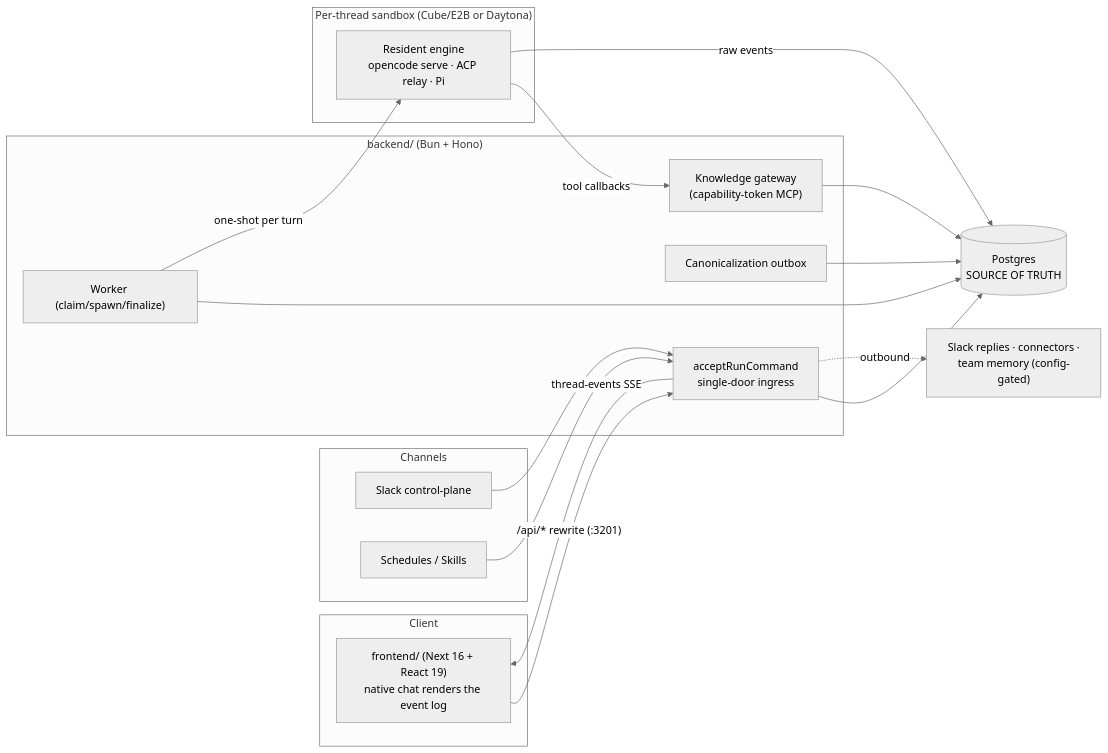
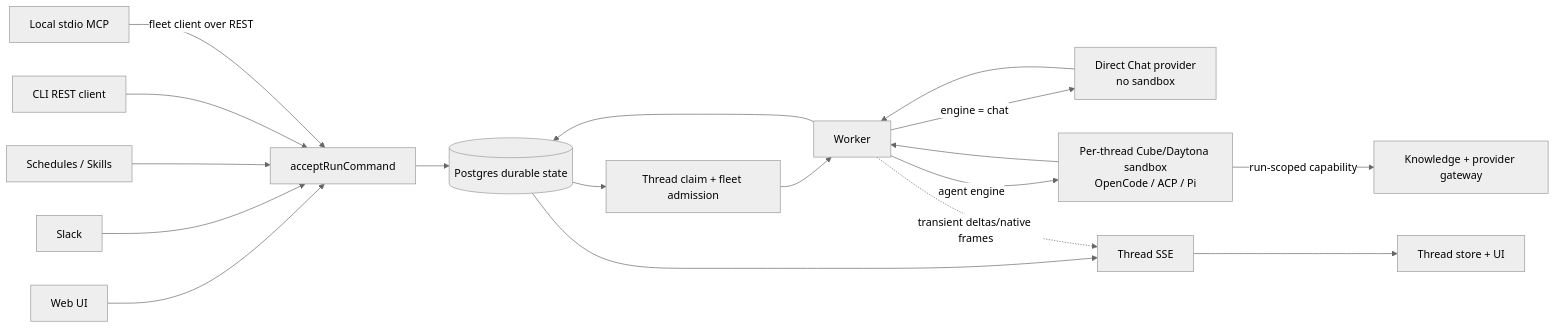
The first of 7 diagrams in docs/architecture/architecture-graph.md (useagenthq/useagent), drawn with Mermaid (neutral theme) before and after one commit. The commit also changed other lines of this file and 1 other file, not shown here.

Commit message:
docs: correct architecture sweep evidence

````diff
--- a/docs/architecture/architecture-graph.md
+++ b/docs/architecture/architecture-graph.md
@@ -17,32 +8,34 @@
 ```mermaid
 graph LR
-  subgraph Client
-    FE["frontend/ (Next 16 + React 19)<br/>native chat renders the event log"]
-  end
-  subgraph Channels
-    SL["Slack control-plane"]
-    SC["Schedules / Skills"]
-  end
-  FE -- "/api/* rewrite (:3201)" --> BE
-  SL --> BE
-  SC --> BE
-  subgraph Backend["backend/ (Bun + Hono)"]
-    BE["acceptRunCommand<br/>single-door ingress"]
-    WK["Worker (claim/spawn/finalize)"]
-    CAN["Canonicalization outbox"]
-    GW["Knowledge gateway<br/>(capability-token MCP)"]
-  end
-  PG[("Postgres<br/>SOURCE OF TRUTH")]
-  subgraph Sandbox["Per-thread sandbox (Cube/E2B or Daytona)"]
-    ENG["Resident engine<br/>opencode serve · ACP relay · Pi"]
-  end
-  BE --> PG
-  WK --> PG
-  WK -- "one-shot per turn" --> ENG
-  ENG -- "tool callbacks" --> GW
-  GW --> PG
-  ENG -- "raw events" --> PG
-  CAN --> PG
-  BE -- "thread-events SSE" --> FE
-  BE -. outbound .-> OUT["Slack replies · connectors ·<br/>team memory (config-gated)"]
+  WEB["Web UI"]
+  SLACK["Slack"]
+  AUTO["Schedules / Skills"]
+  CLI["CLI REST client"]
+  MCP["Local stdio MCP"]
+  ACCEPT["acceptRunCommand"]
+  DB[("Postgres durable state")]
+  PUMP["Thread claim + fleet admission"]
+  WORKER["Worker"]
+  CHAT["Direct Chat provider<br/>no sandbox"]
+  SANDBOX["Per-thread Cube/Daytona sandbox<br/>OpenCode / ACP / Pi"]
+  GATEWAY["Knowledge + provider gateway"]
+  SSE["Thread SSE"]
+  UI["Thread store + UI"]
+
+  WEB --> ACCEPT
+  SLACK --> ACCEPT
+  AUTO --> ACCEPT
+  CLI --> ACCEPT
+  MCP -->|fleet client over REST| ACCEPT
+  ACCEPT --> DB
+  DB --> PUMP --> WORKER
+  WORKER -->|engine = chat| CHAT
+  WORKER -->|agent engine| SANDBOX
+  SANDBOX -->|run-scoped capability| GATEWAY
+  CHAT --> WORKER
+  SANDBOX --> WORKER
+  WORKER --> DB
+  DB --> SSE
+  WORKER -. transient deltas/native frames .-> SSE
+  SSE --> UI
 ```
````
